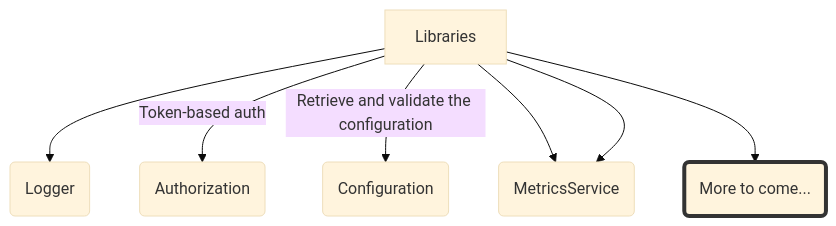
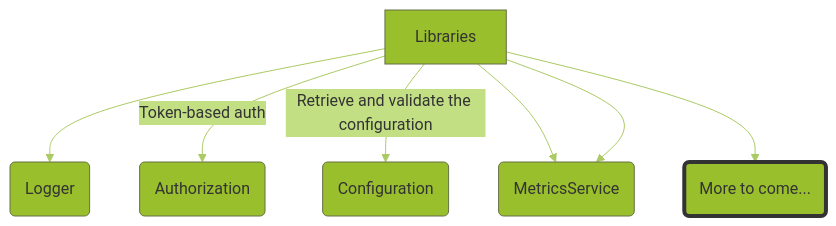
The fourth of 4 diagrams in docs/docs/contribution/contribution-long-guide.md (practicajs/practica), drawn with Mermaid before and after one commit. The commit also changed other lines of this file and 1 other file, not shown here.

Commit message:
changed theme to fit dark and light mode

````diff
--- a/docs/docs/contribution/contribution-long-guide.md
+++ b/docs/docs/contribution/contribution-long-guide.md
@@ -113,11 +113,11 @@
 ```mermaid
-%%{init: {'theme': 'base', 'themeVariables': { 'fontWeight': 'bold', 'fontFamily': 'comfortaa, Roboto'}}}%%
+%%{init: {'theme': 'base', 'themeVariables': {'primaryColor':'#99BF2C','secondaryColor':'#C2DF84','lineColor':'#ABCA64','fontWeight': 'bold', 'fontFamily': 'comfortaa, Roboto'}}}%%
 graph
       A[Libraries] --> B(Logger)
       A[Libraries] --> |Token-based auth| C(Authorization)
       A[Libraries] --> |Retrieve and validate the configuration| D(Configuration)
       A[Libraries] -->  E(Error handler)
       A[Libraries] -->  E(MetricsService)
       A[Libraries] --> Z(More to come...)
       style Z stroke:#333,stroke-width:4px
 ```
````
